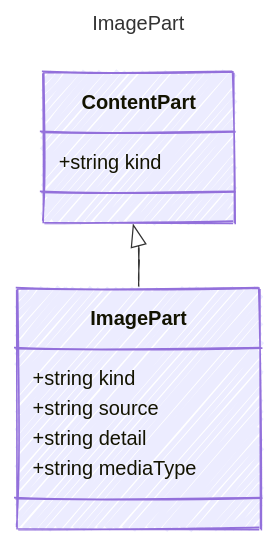
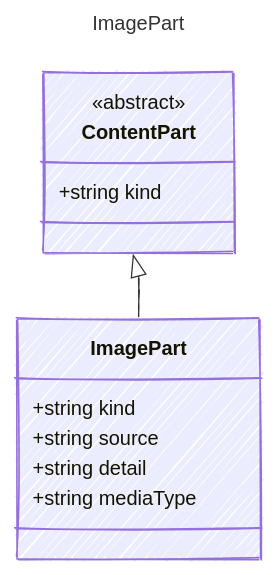
Before and after one commit to microsoft/prompty: the diagram in web/src/content/docs/reference/ImagePart.md, drawn with Mermaid. The commit also changed 524 other files, not shown here.

````diff
--- a/web/src/content/docs/reference/ImagePart.md
+++ b/web/src/content/docs/reference/ImagePart.md
@@ -11,21 +11,22 @@
 ```mermaid
 ---
 title: ImagePart
 config:
   look: handDrawn
   theme: colorful
   class:
     hideEmptyMembersBox: true
 ---
 classDiagram
     class ContentPart {
+      <<abstract>>
         +string kind
     }
     ContentPart <|-- ImagePart
     class ImagePart {
         +string kind
         +string source
         +string detail
         +string mediaType
     }
 ```
````
